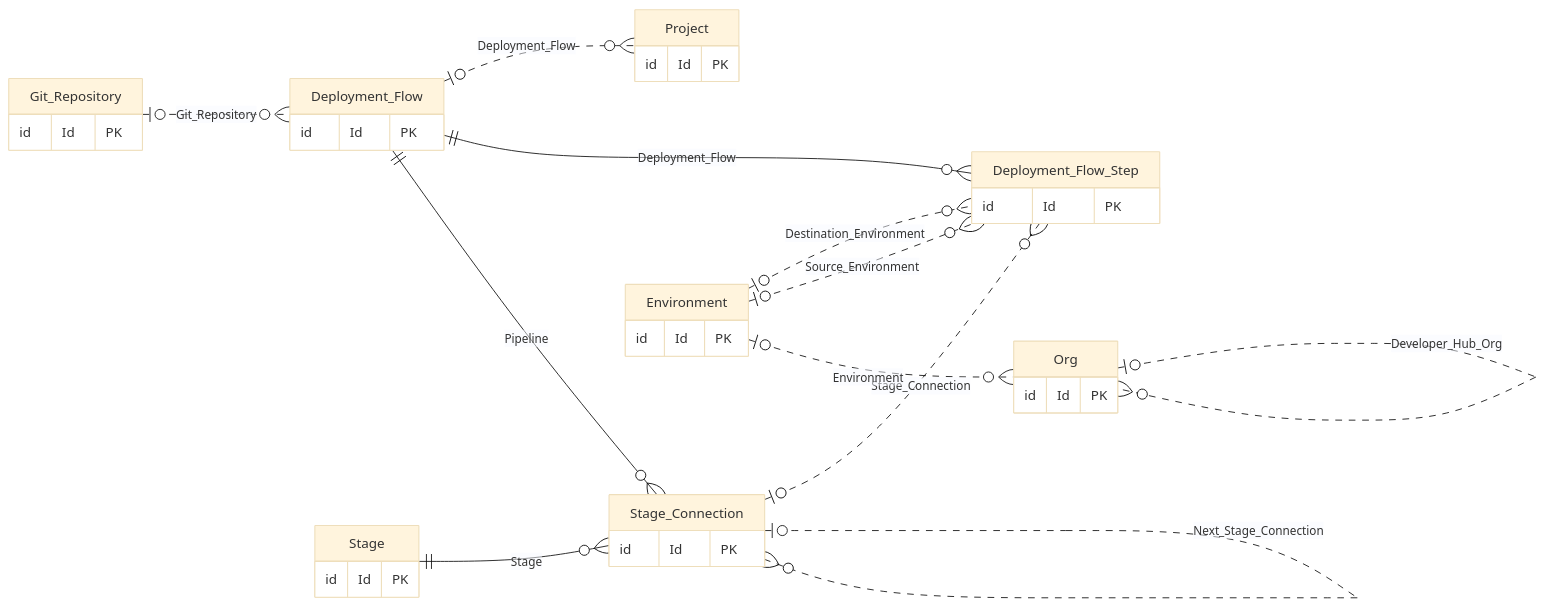
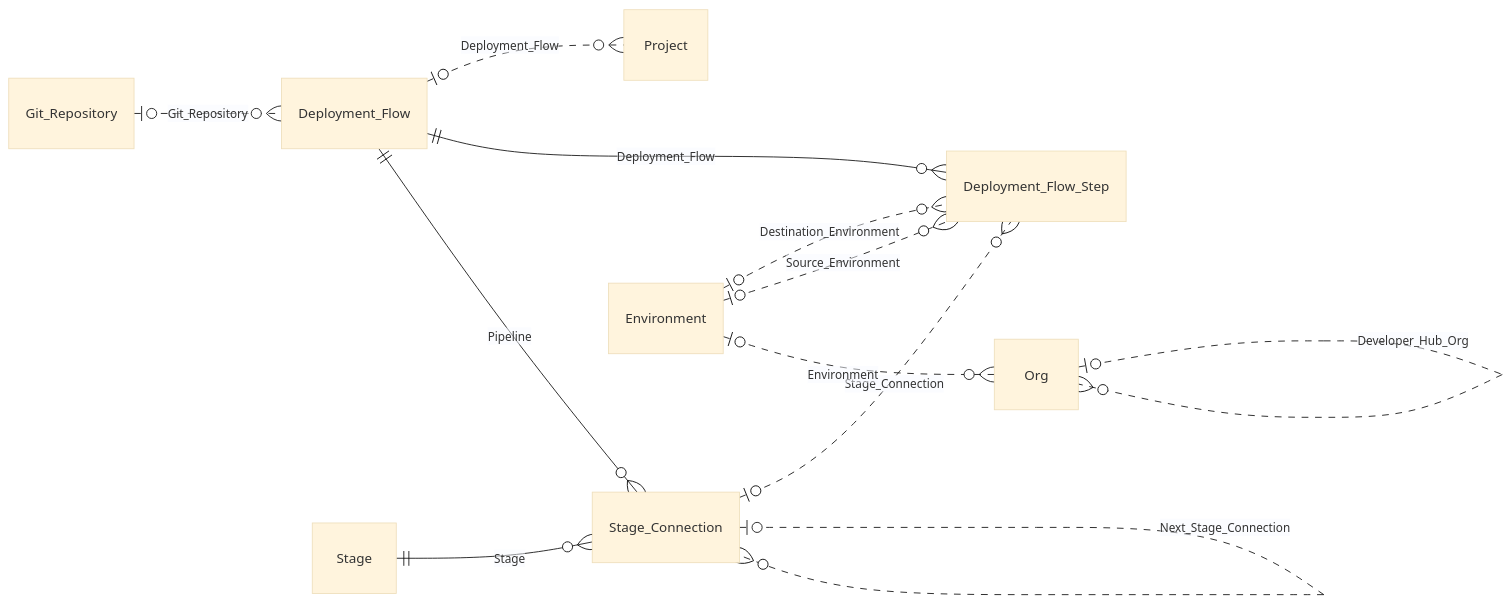
One commit to airbah/monsite changed the diagram in resources/copado-source-format/04-pipeline.mmd. Above: the diagram before and after it, drawn with Mermaid (base theme). The commit also changed 19 other files, not shown here.

Commit message:
Simplifier les diagrammes Copado en retirant la ligne Id et PK

```diff
--- a/resources/copado-source-format/04-pipeline.mmd
+++ b/resources/copado-source-format/04-pipeline.mmd
@@ -1,37 +1,21 @@
 erDiagram
     direction LR
-    Project {
-        id Id PK
-    }
-    Deployment_Flow {
-        id Id PK
-    }
-    Deployment_Flow_Step {
-        id Id PK
-    }
-    Stage {
-        id Id PK
-    }
-    Stage_Connection {
-        id Id PK
-    }
-    Environment {
-        id Id PK
-    }
-    Org {
-        id Id PK
-    }
-    Git_Repository {
-        id Id PK
-    }
+    Project
+    Deployment_Flow
+    Deployment_Flow_Step
+    Stage
+    Stage_Connection
+    Environment
+    Org
+    Git_Repository
     Deployment_Flow |o..o{ Project : "Deployment_Flow"
     Git_Repository |o..o{ Deployment_Flow : "Git_Repository"
     Deployment_Flow ||--o{ Deployment_Flow_Step : "Deployment_Flow"
     Environment |o..o{ Deployment_Flow_Step : "Destination_Environment"
     Environment |o..o{ Deployment_Flow_Step : "Source_Environment"
     Stage_Connection |o..o{ Deployment_Flow_Step : "Stage_Connection"
     Org |o..o{ Org : "Developer_Hub_Org"
     Environment |o..o{ Org : "Environment"
     Deployment_Flow ||--o{ Stage_Connection : "Pipeline"
     Stage ||--o{ Stage_Connection : "Stage"
     Stage_Connection |o..o{ Stage_Connection : "Next_Stage_Connection"
```
